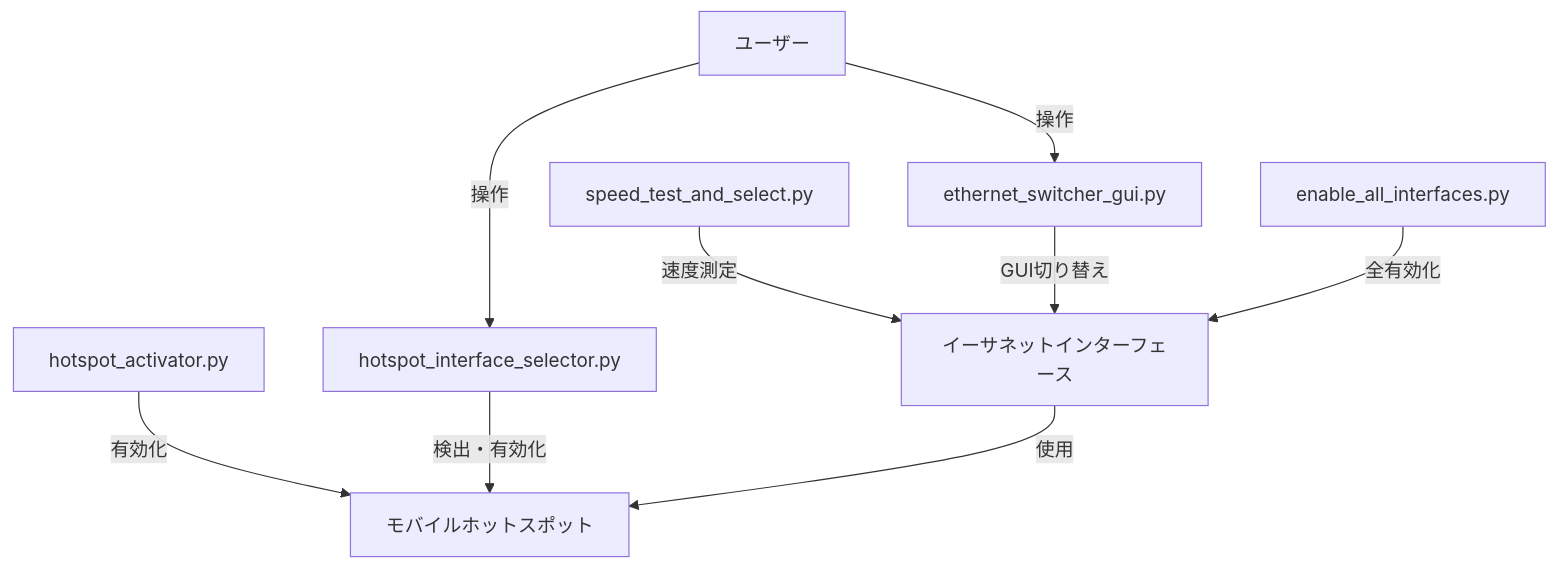
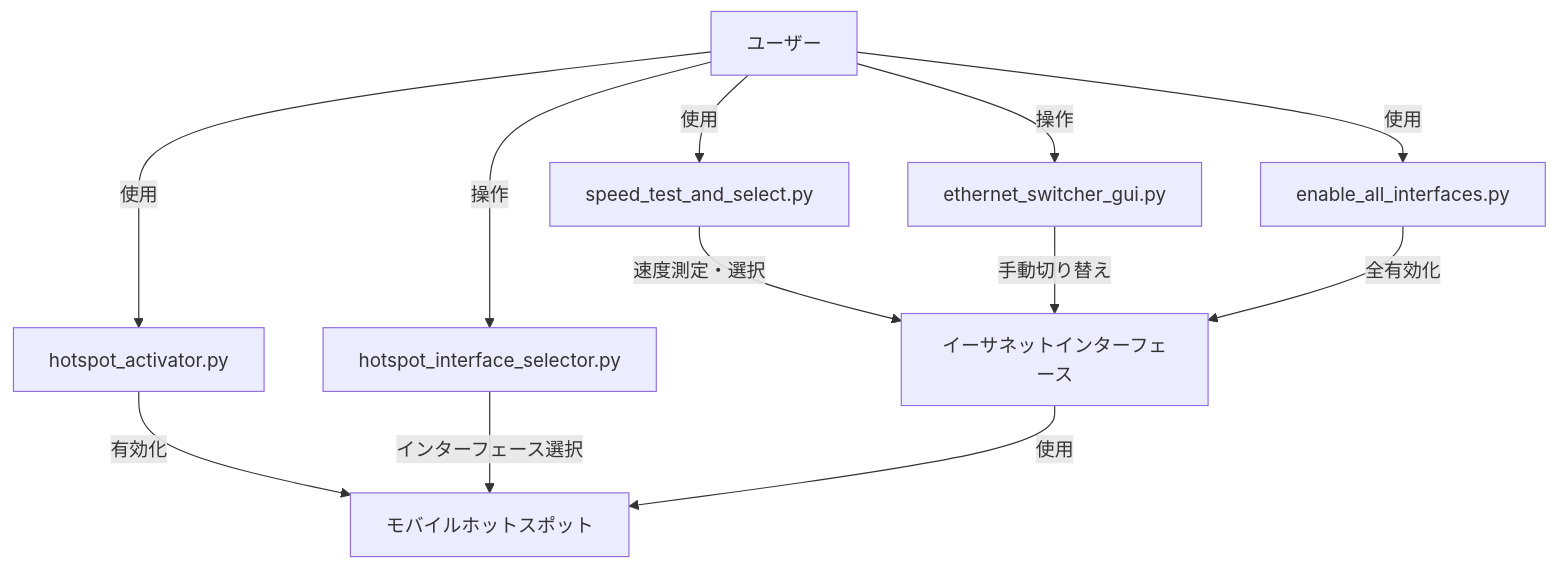
One commit to KAFKA2306/BestEthernet changed the diagram in README.md. Above: the diagram before and after it, drawn with Mermaid. The commit also changed other lines of this file and 1 other file, not shown here.

````diff
--- a/README.md
+++ b/README.md
@@ -55,11 +49,14 @@
 ```mermaid
 graph TD
-    A[speed_test_and_select.py] -->|速度測定| B[イーサネットインターフェース]
-    C[ethernet_switcher_gui.py] -->|GUI切り替え| B
+    A[speed_test_and_select.py] -->|速度測定・選択| B[イーサネットインターフェース]
+    C[ethernet_switcher_gui.py] -->|手動切り替え| B
     D[hotspot_activator.py] -->|有効化| E[モバイルホットスポット]
     F[enable_all_interfaces.py] -->|全有効化| B
-    G[hotspot_interface_selector.py] -->|検出・有効化| E
+    G[hotspot_interface_selector.py] -->|インターフェース選択| E
     B -->|使用| E
     H[ユーザー] -->|操作| C
     H -->|操作| G
+    H -->|使用| A
+    H -->|使用| D
+    H -->|使用| F
 ```
````
